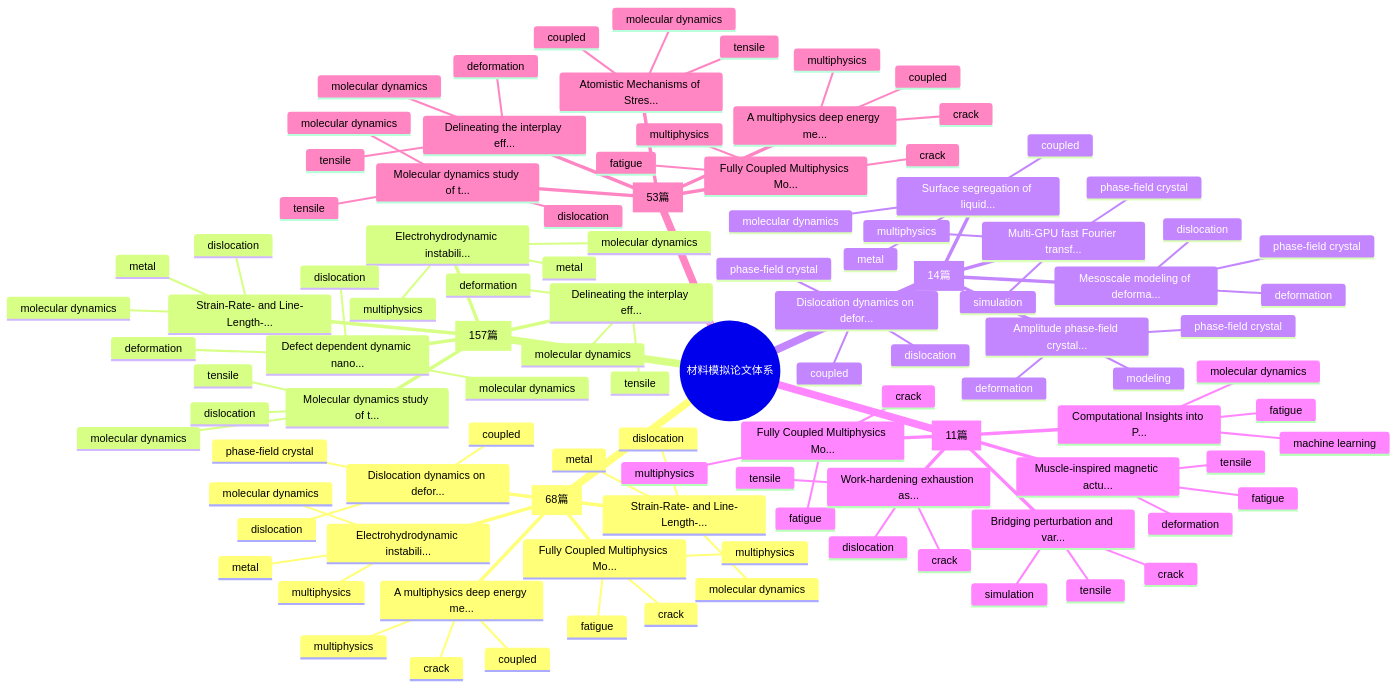
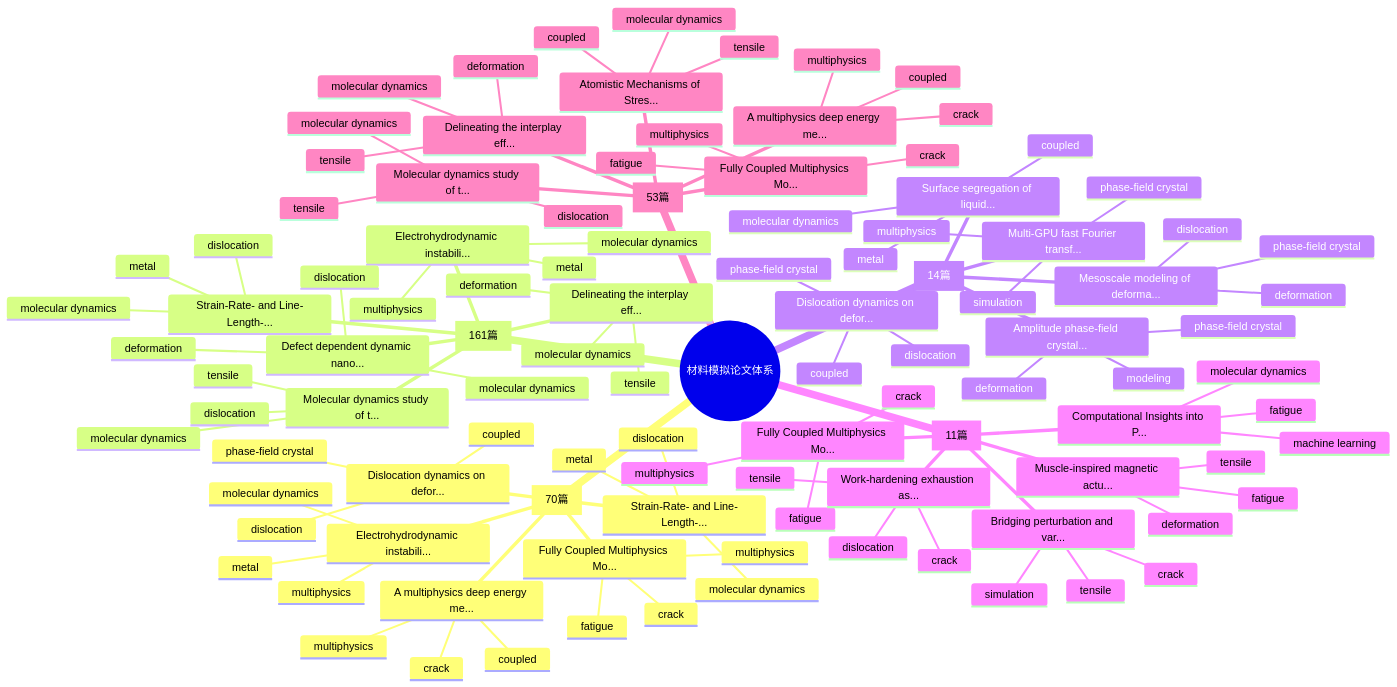
Before and after one commit to Shirakawa11111/BJK_readpaper: the first of 2 diagrams in README.md, drawn with Mermaid. The commit also changed other lines of this file and 11 other files, not shown here.

````diff
--- a/README.md
+++ b/README.md
@@ -94,7 +94,7 @@
 ```mermaid
 mindmap
   root((材料模拟论文体系))
-    Multiphysics Coupling [68篇]
+    Multiphysics Coupling [70篇]
       Fully Coupled Multiphysics Mo...
         fatigue
         multiphysics
@@ -115,7 +115,7 @@
         molecular dynamics
         dislocation
         metal
-    Molecular Dynamics [157篇]
+    Molecular Dynamics [161篇]
       Molecular dynamics study of t...
         molecular dynamics
         dislocation
````
